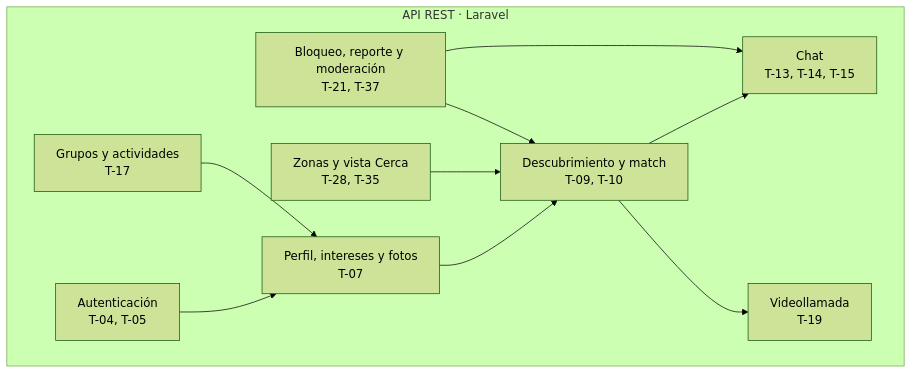
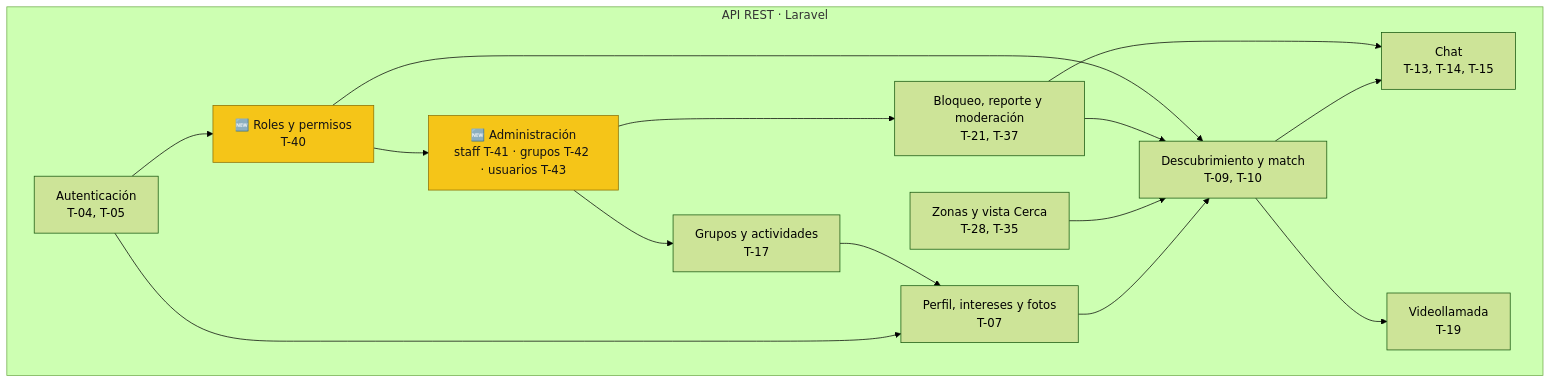
One commit to WilbertDevMx/backend-kampus changed the second of 3 diagrams in docs/diagramas/arquitectura.md. Above: the diagram before and after it, drawn with Mermaid (forest theme). The commit also changed other lines of this file and 3 other files, not shown here.

Commit message:
docs: agrega el módulo de Administración al esquema y a los diagramas (Sprint 2)

````diff
--- a/docs/diagramas/arquitectura.md
+++ b/docs/diagramas/arquitectura.md
@@ -64,22 +74,32 @@
 ```mermaid
 flowchart TB
     subgraph API["API REST · Laravel"]
         AUTH["Autenticación<br/>T-04, T-05"]
         PERFIL["Perfil, intereses y fotos<br/>T-07"]
         DESC["Descubrimiento y match<br/>T-09, T-10"]
         CHAT["Chat<br/>T-13, T-14, T-15"]
         GRUPOS["Grupos y actividades<br/>T-17"]
         ZONAS["Zonas y vista Cerca<br/>T-28, T-35"]
         VIDEO["Videollamada<br/>T-19"]
         MOD["Bloqueo, reporte y moderación<br/>T-21, T-37"]
+        ROLES["🆕 Roles y permisos<br/>T-40"]
+        ADMIN["🆕 Administración<br/>staff T-41 · grupos T-42 · usuarios T-43"]
     end
 
     AUTH --> PERFIL
     PERFIL --> DESC
     DESC --> CHAT
     DESC --> VIDEO
     ZONAS --> DESC
     MOD --> DESC
     MOD --> CHAT
     GRUPOS --> PERFIL
+    AUTH --> ROLES
+    ROLES --> DESC
+    ROLES --> ADMIN
+    ADMIN --> GRUPOS
+    ADMIN --> MOD
+
+    classDef nuevo fill:#F5C518,stroke:#8A6D00,color:#121215
+    class ROLES,ADMIN nuevo
 ```
````
